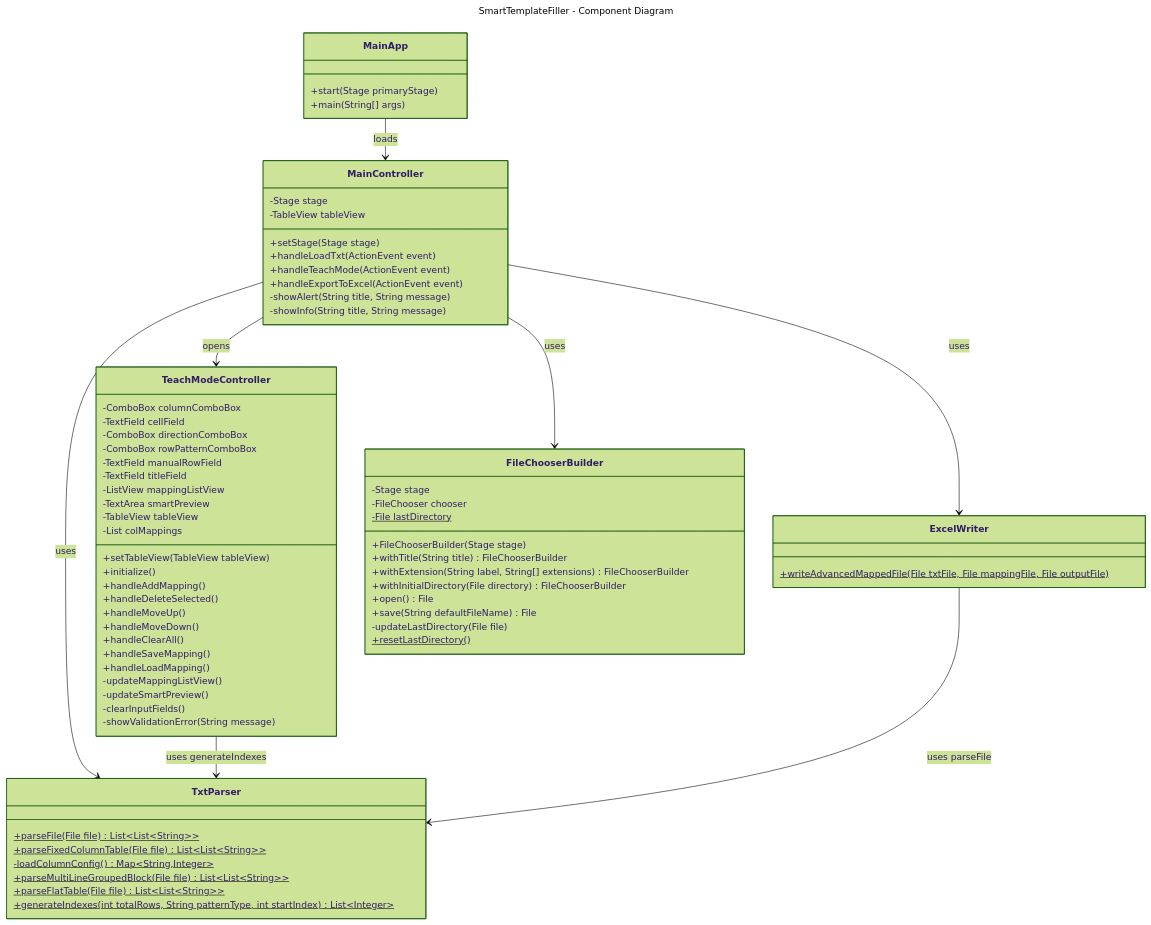
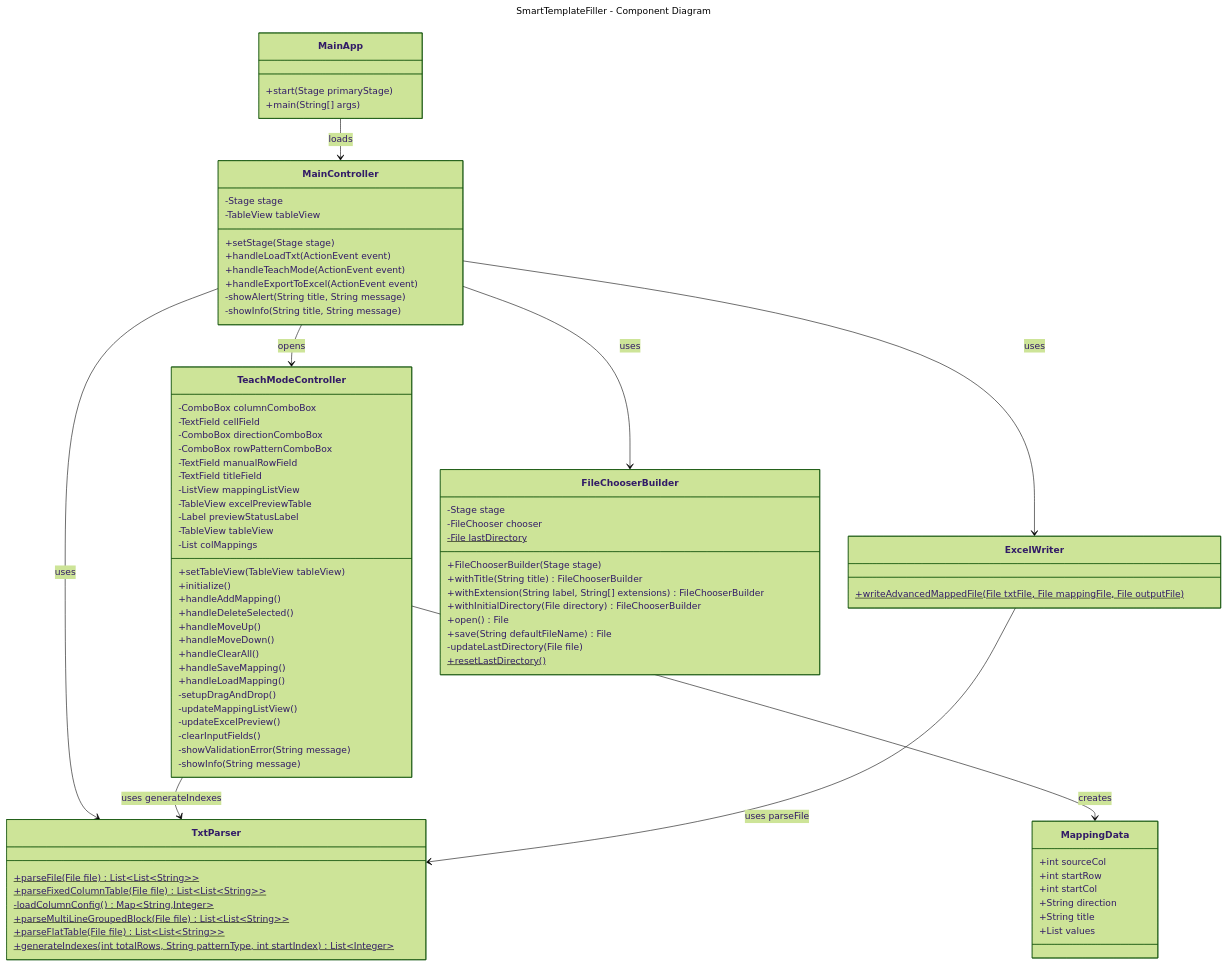
The diagram in docs/diagrams/component-diagram.mmd (drake4964/SmartTemplateFiller), drawn with Mermaid (forest theme) before and after one commit. The commit also changed 27 other files, not shown here.

First line of the commit message:
Add Excel-like preview to Teach Mode UI

```diff
--- a/docs/diagrams/component-diagram.mmd
+++ b/docs/diagrams/component-diagram.mmd
@@ -1,80 +1,93 @@
 ---
 title: SmartTemplateFiller - Component Diagram
 ---
 classDiagram
     class MainApp {
         +start(Stage primaryStage)
         +main(String[] args)
     }
     
     class MainController {
         -Stage stage
         -TableView tableView
         +setStage(Stage stage)
         +handleLoadTxt(ActionEvent event)
         +handleTeachMode(ActionEvent event)
         +handleExportToExcel(ActionEvent event)
         -showAlert(String title, String message)
         -showInfo(String title, String message)
     }
     
     class TeachModeController {
         -ComboBox columnComboBox
         -TextField cellField
         -ComboBox directionComboBox
         -ComboBox rowPatternComboBox
         -TextField manualRowField
         -TextField titleField
         -ListView mappingListView
-        -TextArea smartPreview
+        -TableView excelPreviewTable
+        -Label previewStatusLabel
         -TableView tableView
         -List colMappings
         +setTableView(TableView tableView)
         +initialize()
         +handleAddMapping()
         +handleDeleteSelected()
         +handleMoveUp()
         +handleMoveDown()
         +handleClearAll()
         +handleSaveMapping()
         +handleLoadMapping()
+        -setupDragAndDrop()
         -updateMappingListView()
-        -updateSmartPreview()
+        -updateExcelPreview()
         -clearInputFields()
         -showValidationError(String message)
+        -showInfo(String message)
     }
     
     class TxtParser {
         +parseFile(File file)$ List~List~String~~
         +parseFixedColumnTable(File file)$ List~List~String~~
         -loadColumnConfig()$ Map~String,Integer~
         +parseMultiLineGroupedBlock(File file)$ List~List~String~~
         +parseFlatTable(File file)$ List~List~String~~
         +generateIndexes(int totalRows, String patternType, int startIndex)$ List~Integer~
     }
     
     class ExcelWriter {
         +writeAdvancedMappedFile(File txtFile, File mappingFile, File outputFile)$
     }
     
     class FileChooserBuilder {
         -Stage stage
         -FileChooser chooser
         -File lastDirectory$
         +FileChooserBuilder(Stage stage)
         +withTitle(String title) FileChooserBuilder
         +withExtension(String label, String[] extensions) FileChooserBuilder
         +withInitialDirectory(File directory) FileChooserBuilder
         +open() File
         +save(String defaultFileName) File
         -updateLastDirectory(File file)
         +resetLastDirectory()$
     }
     
+    class MappingData {
+        +int sourceCol
+        +int startRow
+        +int startCol
+        +String direction
+        +String title
+        +List values
+    }
+    
     MainApp --> MainController : loads
     MainController --> TxtParser : uses
     MainController --> TeachModeController : opens
     MainController --> ExcelWriter : uses
     MainController --> FileChooserBuilder : uses
     TeachModeController --> TxtParser : uses generateIndexes
+    TeachModeController --> MappingData : creates
     ExcelWriter --> TxtParser : uses parseFile
```
